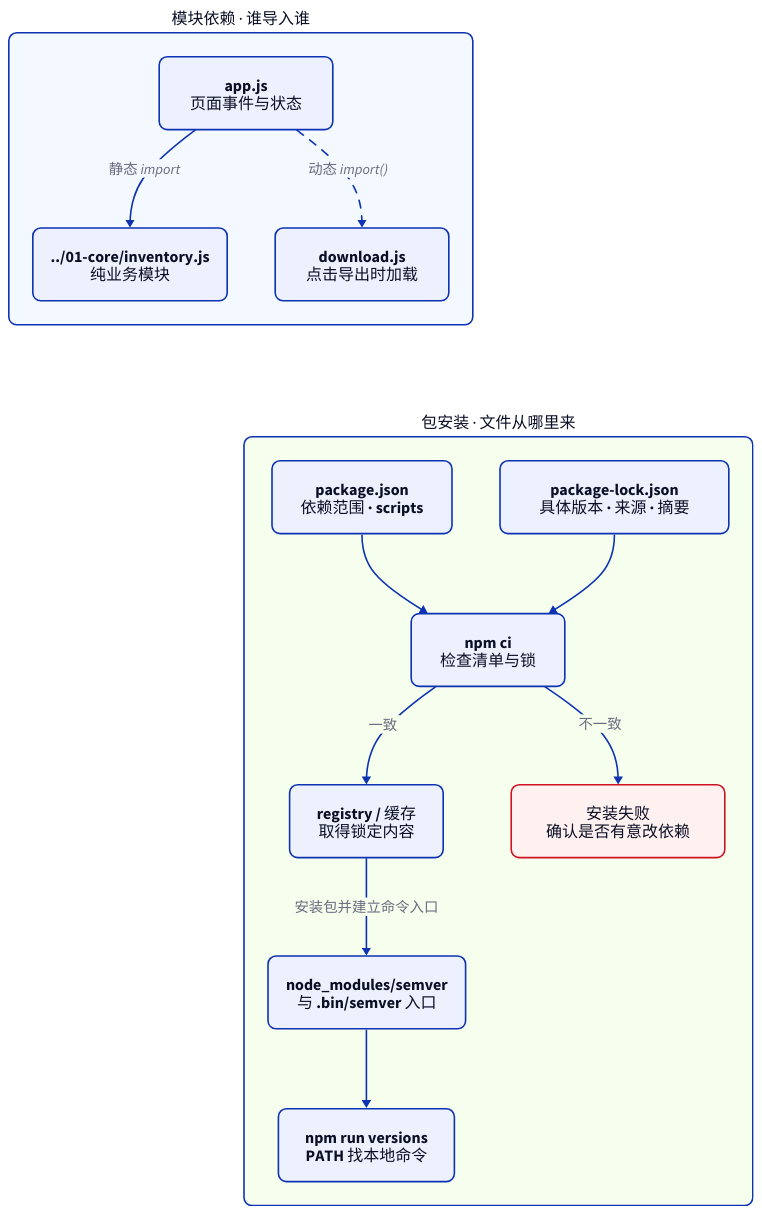
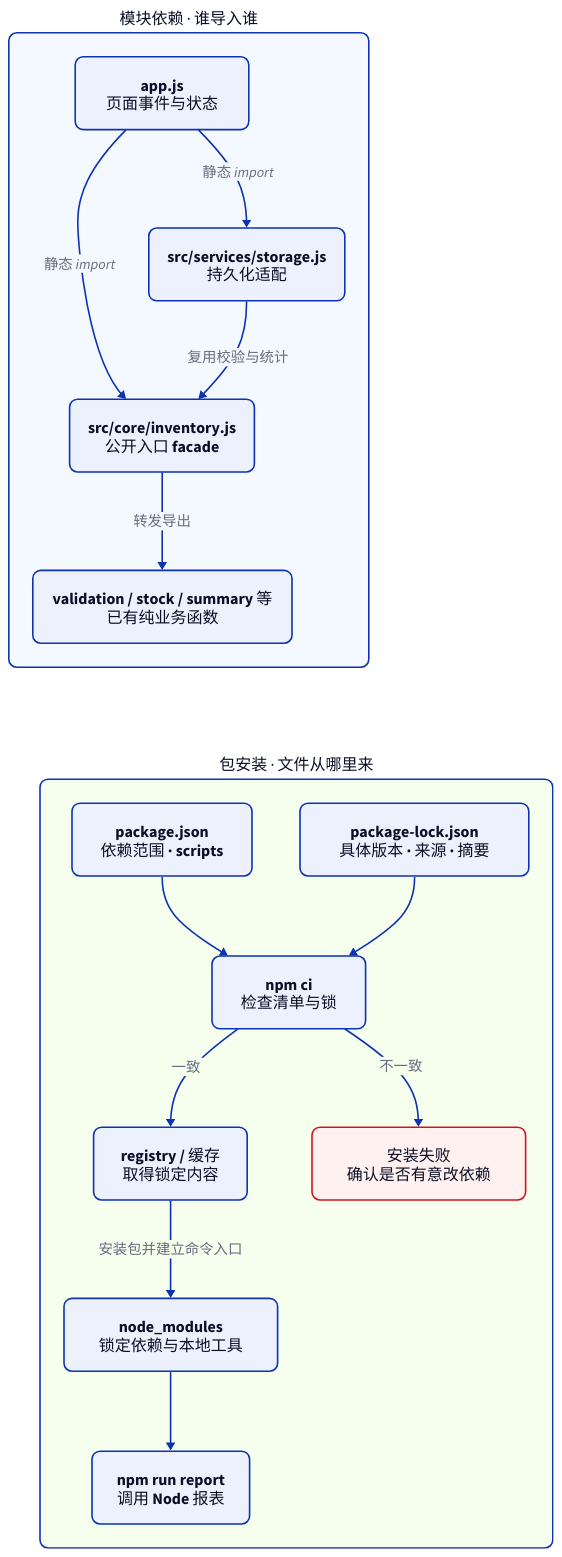
One commit to socoo123/js_web changed the diagram in diagrams/c16-esm-dependencies.d2. Above: the diagram before and after it, drawn with D2. The commit also changed 245 other files, not shown here.

```diff
--- a/diagrams/c16-esm-dependencies.d2
+++ b/diagrams/c16-esm-dependencies.d2
@@ -1,33 +1,36 @@
 # C16/C18：上半部箭头指向依赖模块；下半部箭头表示安装信息流，两部分没有时序关系。
 direction: down
 **.style.font-size: 20
 **.style.border-radius: 10
 (** -> **)[*].style.font-size: 18
 modules: 模块依赖 · 谁导入谁 {
   style.fill: "#f4f8ff"
   app: app.js\n页面事件与状态
-  core: ../01-core/inventory.js\n纯业务模块
-  download: download.js\n点击导出时加载
+  core: src/core/inventory.js\n公开入口 facade
+  rules: validation / stock / summary 等\n已有纯业务函数
+  storage: src/services/storage.js\n持久化适配
   app -> core: 静态 import
-  app -> download: 动态 import() {style.stroke-dash: 5}
+  app -> storage: 静态 import
+  storage -> core: 复用校验与统计
+  core -> rules: 转发导出
 }
 install: 包安装 · 文件从哪里来 {
   style.fill: "#f6ffed"
   manifest: package.json\n依赖范围 · scripts
   lock: package-lock.json\n具体版本 · 来源 · 摘要
   ci: npm ci\n检查清单与锁
   registry: registry / 缓存\n取得锁定内容
-  disk: node_modules/semver\n与 .bin/semver 入口
-  run: npm run versions\nPATH 找本地命令
+  disk: node_modules\n锁定依赖与本地工具
+  run: npm run report\n调用 Node 报表
   reject: 安装失败\n确认是否有意改依赖 {
     style.fill: "#fff1f0"
     style.stroke: "#cf1322"
   }
   manifest -> ci
   lock -> ci
   ci -> reject: 不一致
   ci -> registry: 一致
   registry -> disk: 安装包并建立命令入口
   disk -> run
 }
 modules -> install: {style.opacity: 0}
```
